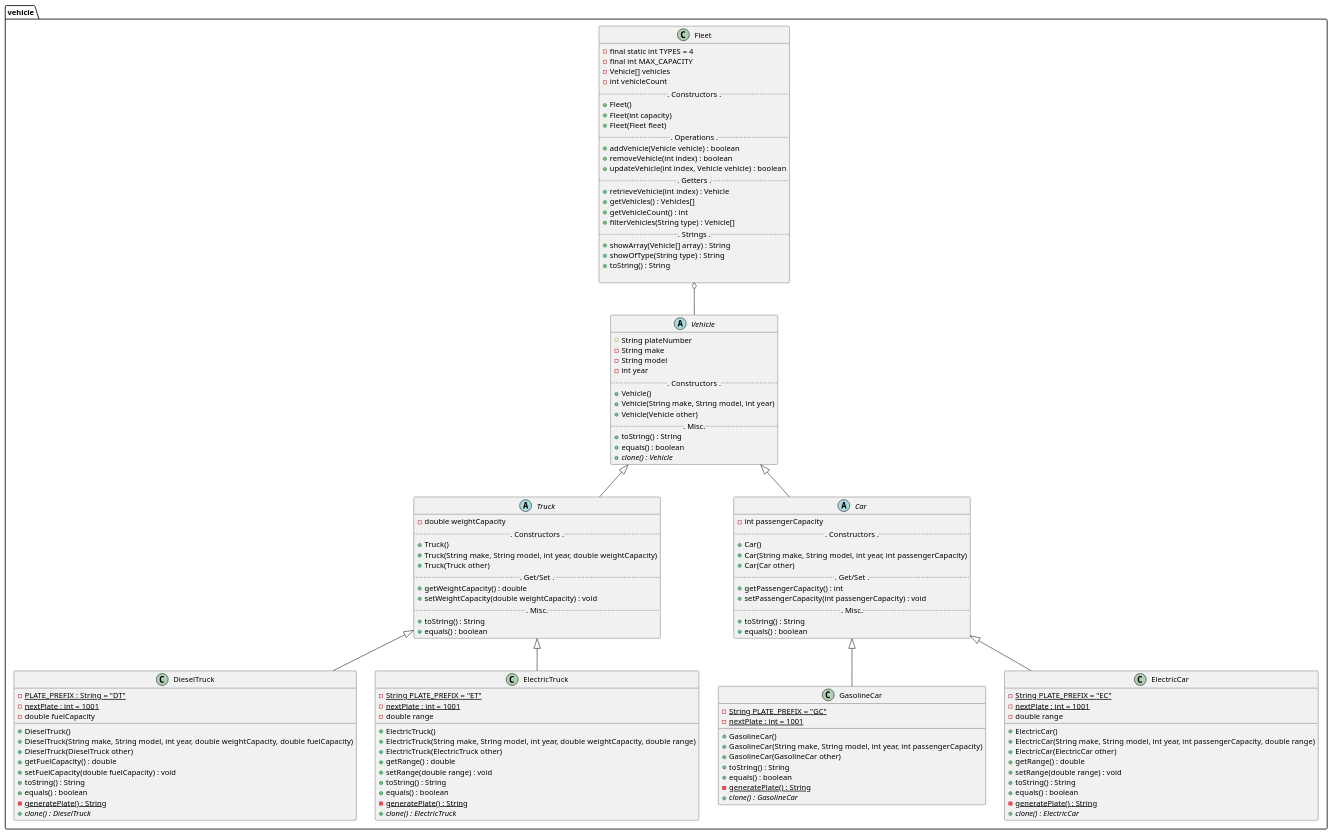
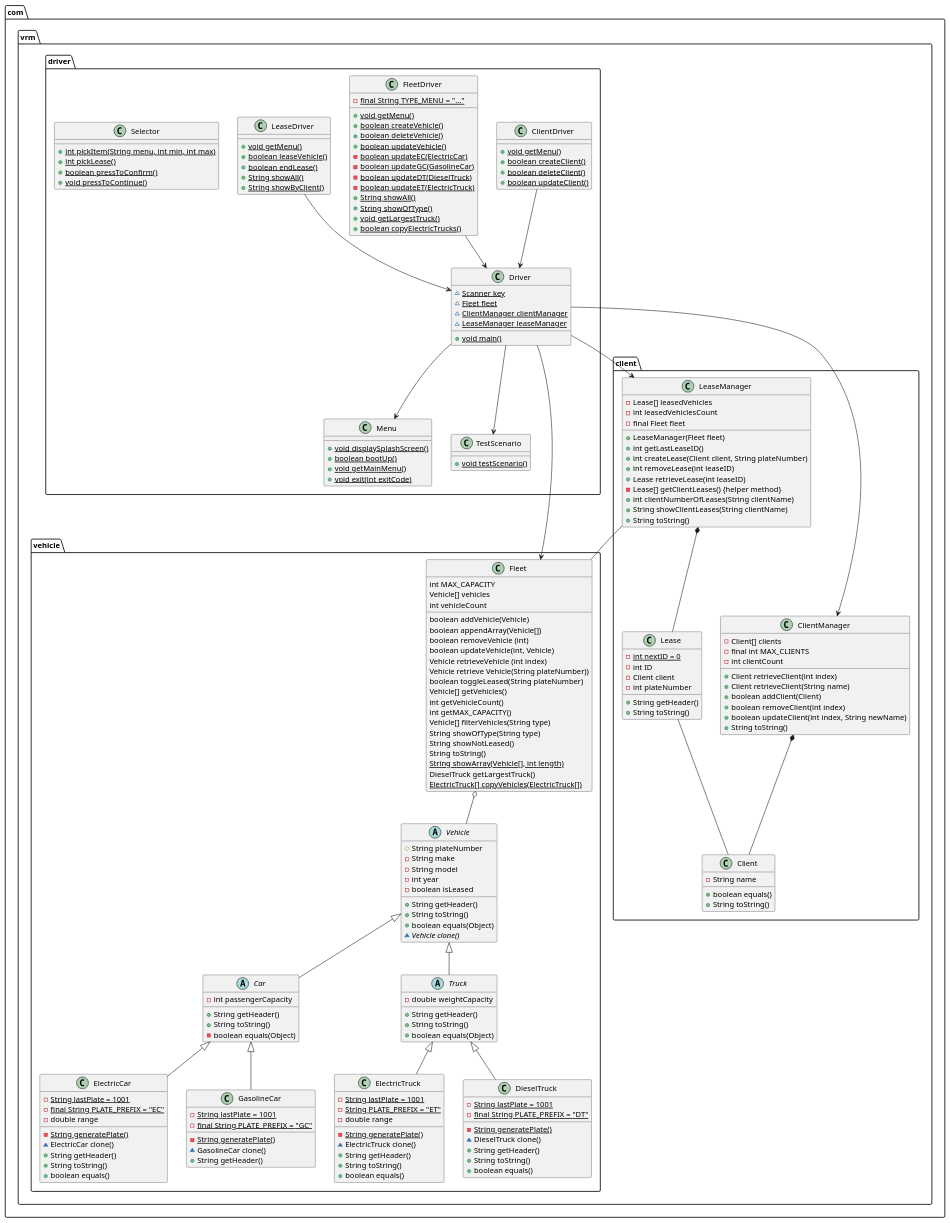
Before and after one commit to leoshussian/vehicle-rental-manager: the diagram in src/UML.puml, drawn with PlantUML. The commit also changed 16 other files, not shown here.

```diff
--- a/src/UML.puml
+++ b/src/UML.puml
@@ -1,145 +1,214 @@
 @startuml
 'TODO Finish UML'
-'TODO Check preferred syntax'
 
 'https://plantuml.com/class-diagram
 'skinparam classAttributeIconSize 0
-
-
-
-package vehicle {
-abstract class Vehicle{
+package com.vrm.vehicle {
+    abstract class Vehicle {
         # String plateNumber
-'        TODO make up mind on plate implementation
         - String make
         - String model
         - int year
-        ... Constructors ...
-        + Vehicle()
-        + Vehicle(String make, String model, int year)
-        + Vehicle(Vehicle other)
-        'TODO Check if I need setters, getters'
-        ... Misc...
-        + toString() : String
-        + equals() : boolean
-        + {abstract} clone() : Vehicle
+        - boolean isLeased
+        + String getHeader()
+        + String toString()
+        + boolean equals(Object)
+        ~ {abstract} Vehicle clone()
+    }
+    abstract class Car {
+        - int passengerCapacity
+        + String getHeader()
+        + String toString()
+        - boolean equals(Object)
+    }
+    abstract class Truck {
+        - double weightCapacity
+        + String getHeader()
+        + String toString()
+        + boolean equals(Object)
+    }
+    class ElectricCar {
+        - {static} String lastPlate = 1001
+        - {static} final String PLATE_PREFIX = "EC"
+        - double range
+        - {static} String generatePlate()
+        ~ ElectricCar clone()
+        + String getHeader()
+        + String toString()
+        + boolean equals()
+    }
+    class GasolineCar {
+        - {static} String lastPlate = 1001
+        - {static} final String PLATE_PREFIX = "GC"
+        - {static} String generatePlate()
+        ~ GasolineCar clone()
+        + String getHeader()
+    }
+    class ElectricTruck {
+        - {static} String lastPlate = 1001
+        - {static} String PLATE_PREFIX = "ET"
+        - double range
+        - {static} String generatePlate()
+        ~ ElectricTruck clone()
+        + String getHeader()
+        + String toString()
+        + boolean equals()
+    }
+    class DieselTruck {
+        - {static} String lastPlate = 1001
+        - {static} final String PLATE_PREFIX = "DT"
+        - {static} String generatePlate()
+        ~ DieselTruck clone()
+        + String getHeader()
+        + String toString()
+        + boolean equals()
+    }
+
+    class Fleet {
+    int MAX_CAPACITY
+    Vehicle[] vehicles
+    int vehicleCount
+
+    boolean addVehicle(Vehicle)
+    boolean appendArray(Vehicle[])
+    boolean removeVehicle (int)
+    boolean updateVehicle(int, Vehicle)
+    Vehicle retrieveVehicle (int index)
+    Vehicle retrieve Vehicle(String plateNumber))
+    boolean toggleLeased(String plateNumber)
+    Vehicle[] getVehicles()
+    int getVehicleCount()
+    int getMAX_CAPACITY()
+    Vehicle[] filterVehicles(String type)
+    String showOfType(String type)
+    String showNotLeased()
+    String toString()
+    {static} String showArray(Vehicle[], int length)
+    DieselTruck getLargestTruck()
+    {static} ElectricTruck[] copyVehicles(ElectricTruck[])
+    }
+
+    Fleet o-- Vehicle
+    Vehicle <|-- Truck
+    Vehicle <|-- Car
+    Car <|-- ElectricCar
+    Car <|-- GasolineCar
+    Truck <|-- DieselTruck
+    Truck <|-- ElectricTruck
 }
 
-abstract class Truck {
-    - double weightCapacity
-    ... Constructors ...
-    + Truck()
-    + Truck(String make, String model, int year, double weightCapacity)
-    + Truck(Truck other)
-    ... Get/Set ...
-    + getWeightCapacity() : double
-    + setWeightCapacity(double weightCapacity) : void
-    ... Misc...
-    + toString() : String
-    + equals() : boolean
-}
-abstract class Car {
-    - int passengerCapacity
-    ... Constructors ...
-    + Car()
-    + Car(String make, String model, int year, int passengerCapacity)
-    + Car(Car other)
-    ... Get/Set ...
-    + getPassengerCapacity() : int
-    + setPassengerCapacity(int passengerCapacity) : void
-    ... Misc...
-    + toString() : String
-    + equals() : boolean
-}
+package com.vrm.client {
 
-class DieselTruck {
-    - PLATE_PREFIX : {static} String = "DT"
-    - nextPlate : {static} int = 1001
-    - double fuelCapacity
-    + DieselTruck()
-    + DieselTruck(String make, String model, int year, double weightCapacity, double fuelCapacity)
-    + DieselTruck(DieselTruck other)
-    + getFuelCapacity() : double
-    + setFuelCapacity(double fuelCapacity) : void
-    + toString() : String
-    + equals() : boolean
-    - {static} generatePlate() : String
-    + {abstract} clone() : DieselTruck
-}
-class ElectricTruck{
-    - {static} String PLATE_PREFIX = "ET"
-    - nextPlate : {static} int = 1001
-    - double range
-    + ElectricTruck()
-    + ElectricTruck(String make, String model, int year, double weightCapacity, double range)
-    + ElectricTruck(ElectricTruck other)
-    + getRange() : double
-    + setRange(double range) : void
-    + toString() : String
-    + equals() : boolean
-    - {static} generatePlate() : String
-    + {abstract} clone() : ElectricTruck
+    class ClientManager {
+        - Client[] clients
+        - final int MAX_CLIENTS
+        - int clientCount
+        + Client retrieveClient(int index)
+        + Client retrieveClient(String name)
+        + boolean addClient(Client)
+        + boolean removeClient(int index)
+        + boolean updateClient(int index, String newName)
+        + String toString()
+    }
+    class Client {
+        - String name
+        + boolean equals()
+        + String toString()
+    }
 
-}
-class GasolineCar {
-    - {static} String PLATE_PREFIX = "GC"
-    - nextPlate : {static} int = 1001
-    + GasolineCar()
-    + GasolineCar(String make, String model, int year, int passengerCapacity)
-    + GasolineCar(GasolineCar other)
-    + toString() : String
-    + equals() : boolean
-    - {static} generatePlate() : String
-    + {abstract} clone() : GasolineCar
-}
-class ElectricCar {
-    - {static} String PLATE_PREFIX = "EC"
-    - nextPlate : {static} int = 1001
-    - double range
-    + ElectricCar()
-    + ElectricCar(String make, String model, int year, int passengerCapacity, double range)
-    + ElectricCar(ElectricCar other)
-    + getRange() : double
-    + setRange(double range) : void
-    + toString() : String
-    + equals() : boolean
-    - {static} generatePlate() : String
-    + {abstract} clone() : ElectricCar
-}
+    class Lease {
+        - {static} int nextID = 0
+        - int ID
+        - Client client
+        - int plateNumber
+        + String getHeader()
+        + String toString()
+    }
+    class LeaseManager {
+    - Lease[] leasedVehicles
+    - int leasedVehiclesCount
+    - final Fleet fleet
+    + LeaseManager(Fleet fleet)
+    + int getLastLeaseID()
+    + int createLease(Client client, String plateNumber)
+    + int removeLease(int leaseID)
+    + Lease retrieveLease(int leaseID)
+    - Lease[] getClientLeases() {helper method}
+    + int clientNumberOfLeases(String clientName)
+    + String showClientLeases(String clientName)
+    + String toString()
+    }
 
-Vehicle <|-- Truck
-Vehicle <|-- Car
-Truck <|-- DieselTruck
-Truck <|-- ElectricTruck
-Car <|-- ElectricCar
-Car <|-- GasolineCar
-
-class Fleet {
-    - final static int TYPES = 4
-    - final int MAX_CAPACITY
-    - Vehicle[] vehicles
-    - int vehicleCount
-    ... Constructors ...
-    + Fleet()
-    + Fleet(int capacity)
-    + Fleet(Fleet fleet)
-    ... Operations ...
-    + addVehicle(Vehicle vehicle) : boolean
-    + removeVehicle(int index) : boolean
-    + updateVehicle(int index, Vehicle vehicle) : boolean
-    ... Getters ...
-    + retrieveVehicle(int index) : Vehicle
-    + getVehicles() : Vehicles[]
-    + getVehicleCount() : int
-    + filterVehicles(String type) : Vehicle[]
-    ... Strings ...
-    + showArray(Vehicle[] array) : String
-    + showOfType(String type) : String
-    + toString() : String
+    ClientManager *-- Client
+    LeaseManager *-- Lease
+    Lease -- Client
+    LeaseManager -- Fleet
 
 }
 
-Fleet o-- Vehicle
+package com.vrm.driver {
+    class Driver {
+        ~ {static} Scanner key
+        ~ {static} Fleet fleet
+        ~ {static} ClientManager clientManager
+        ~ {static} LeaseManager leaseManager
+        + {static} void main()
+    }
+    class ClientDriver {
+        + {static} void getMenu()
+        + {static} boolean createClient()
+        + {static} boolean deleteClient()
+        + {static} boolean updateClient()
+    }
+    class FleetDriver {
+        - {static} final String TYPE_MENU = "..."
+        + {static} void getMenu()
+        + {static} boolean createVehicle()
+        + {static} boolean deleteVehicle()
+        + {static} boolean updateVehicle()
+        - {static} boolean updateEC(ElectricCar)
+        - {static} boolean updateGC(GasolineCar)
+        - {static} boolean updateDT(DieselTruck)
+        - {static} boolean updateET(ElectricTruck)
+        + {static} String showAll()
+        + {static} String showOfType()
+        + {static} void getLargestTruck()
+        + {static} boolean copyElectricTrucks()
+
+    }
+    class LeaseDriver {
+        + {static} void getMenu()
+        + {static} boolean leaseVehicle()
+        + {static} boolean endLease()
+        + {static} String showAll()
+        + {static} String showByClient()
+    }
+    class Menu {
+        + {static} void displaySplashScreen()
+        + {static} boolean bootUp()
+        + {static} void getMainMenu()
+        + {static} void exit(int exitCode)
+    }
+    class Selector {
+    + {static} int pickItem(String menu, int min, int max)
+    + {static} int pickLease()
+    + {static} boolean pressToConfirm()
+    + {static} void pressToContinue()
+    }
+    class TestScenario {
+    + {static} void testScenario()
+    }
+
+    Driver --> ClientManager
+    Driver --> Fleet
+    Driver --> LeaseManager
+
+    ClientDriver --> Driver
+    FleetDriver --> Driver
+    LeaseDriver --> Driver
+
+    Driver --> Menu
+    Driver --> TestScenario
 }
 
 
```
